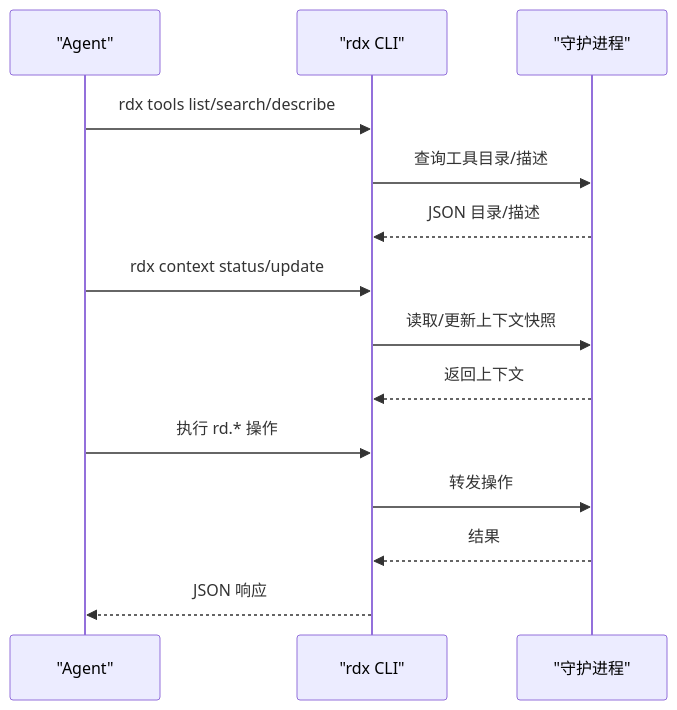
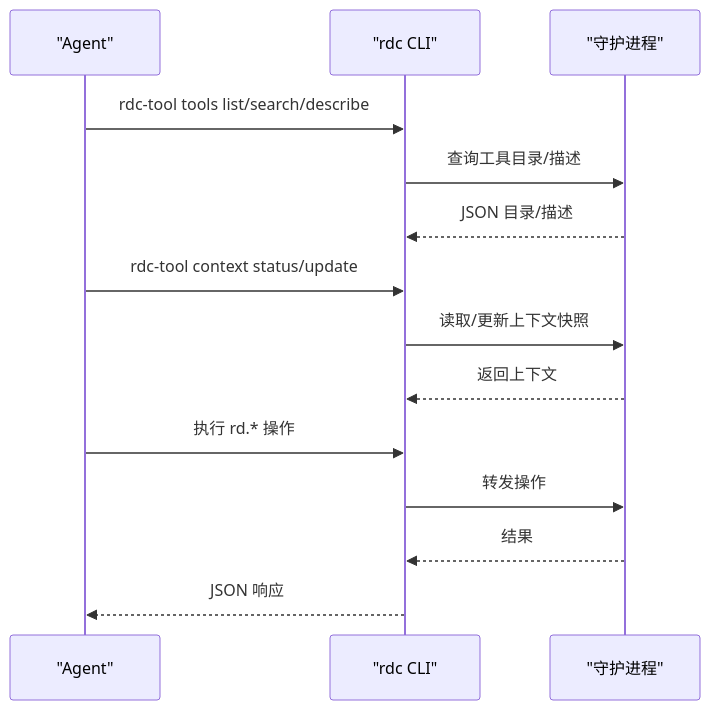
One commit to haolange/RDC-Tool changed the fifth of 9 diagrams in .qoder/repowiki/zh/content/核心概念/核心概念.md. Above: the diagram before and after it, drawn with Mermaid. The commit also changed other lines of this file and 388 other files, not shown here.

First line of the commit message:
Release RDC-Tool identity and public maintenance surface

````diff
--- a/.qoder/repowiki/zh/content/核心概念/核心概念.md
+++ b/.qoder/repowiki/zh/content/核心概念/核心概念.md
@@ -211,16 +211,16 @@
 ```mermaid
 sequenceDiagram
 participant A as "Agent"
-participant C as "rdx CLI"
+participant C as "rdc CLI"
 participant D as "守护进程"
-A->>C : rdx tools list/search/describe
+A->>C : rdc-tool tools list/search/describe
 C->>D : 查询工具目录/描述
 D-->>C : JSON 目录/描述
-A->>C : rdx context status/update
+A->>C : rdc-tool context status/update
 C->>D : 读取/更新上下文快照
 D-->>C : 返回上下文
 A->>C : 执行 rd.* 操作
 C->>D : 转发操作
 D-->>C : 结果
 C-->>A : JSON 响应
 ```
````
